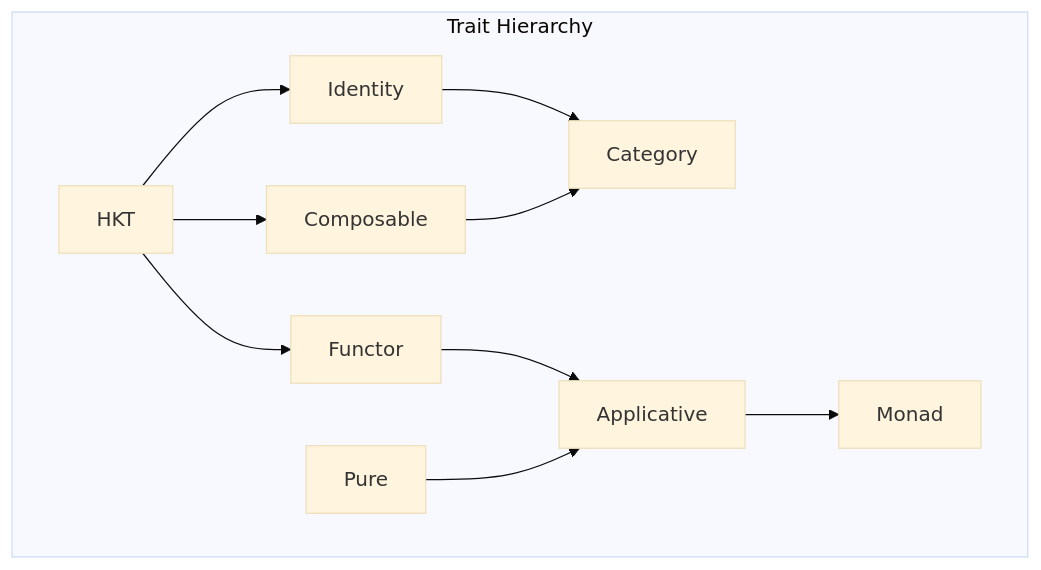
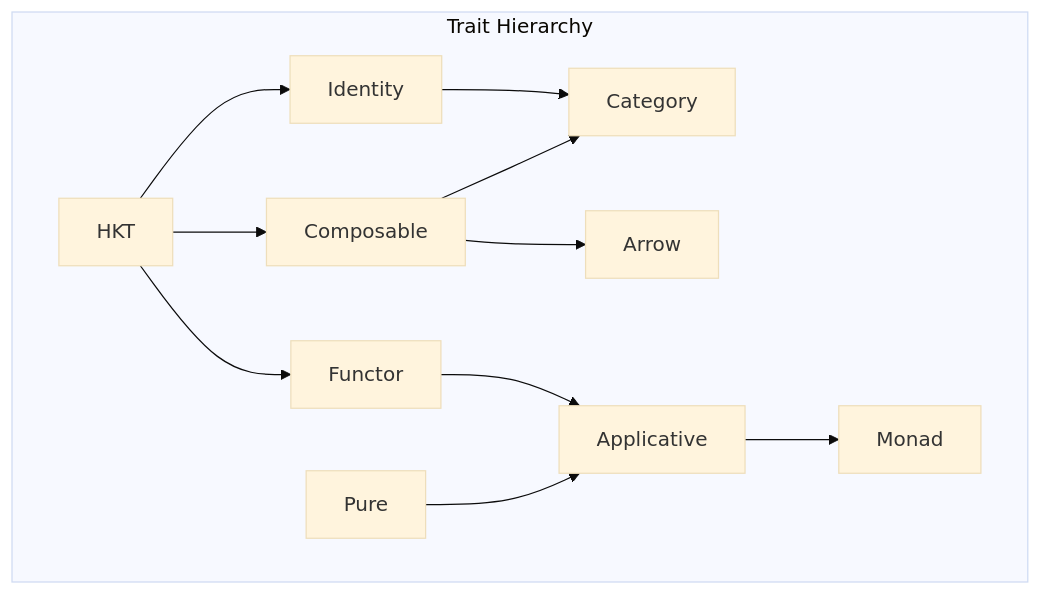
Before and after one commit to but212/rustica: the first of 7 diagrams in docs/category_theory.md, drawn with Mermaid (base theme). The commit also changed 16 other files, not shown here.

````diff
--- a/docs/category_theory.md
+++ b/docs/category_theory.md
@@ -20,13 +20,14 @@
 ```mermaid
 flowchart TB
     subgraph "Trait Hierarchy"
         HKT["HKT"] --> Identity["Identity"]
         HKT --> Composable["Composable"]
+        HKT --> Functor["Functor"]
         Identity --> Category["Category"]
         Composable --> Category
-        HKT --> Functor["Functor"]
+        Composable --> Arrow["Arrow"]
         Functor --> Applicative["Applicative"]
         Pure["Pure"] --> Applicative
         Applicative --> Monad["Monad"]
     end
 ```
````
